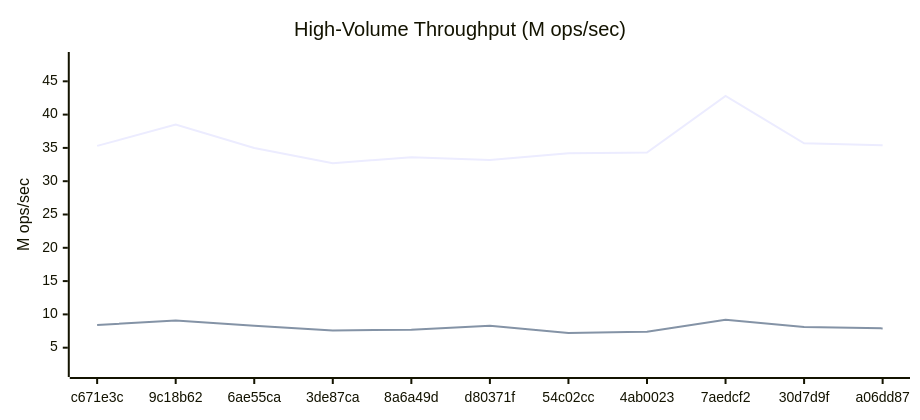
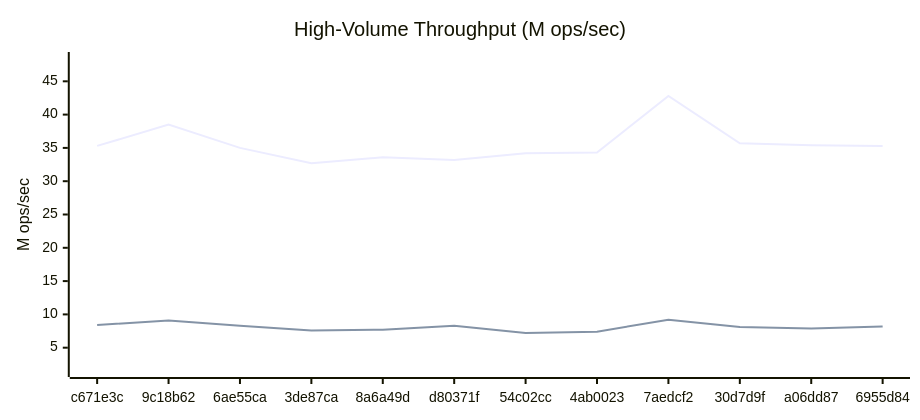
Before and after one commit to Ikolvi/Titan: the fifth of 6 diagrams in docs/BENCHMARKS.md, drawn with Mermaid. The commit also changed other lines of this file, not shown here.

````diff
--- a/docs/BENCHMARKS.md
+++ b/docs/BENCHMARKS.md
@@ -173,15 +174,15 @@
 ```mermaid
 ---
 config:
     xyChart:
         width: 900
         height: 400
         plotColorPalette: "#4e79a7, #f28e2c, #e15759, #76b7b2, #59a14f, #edc949"
 ---
 xychart-beta
     title "High-Volume Throughput (M ops/sec)"
-    x-axis ["c671e3c", "9c18b62", "6ae55ca", "3de87ca", "8a6a49d", "d80371f", "54c02cc", "4ab0023", "7aedcf2", "30d7d9f", "a06dd87"]
+    x-axis ["c671e3c", "9c18b62", "6ae55ca", "3de87ca", "8a6a49d", "d80371f", "54c02cc", "4ab0023", "7aedcf2", "30d7d9f", "a06dd87", "6955d84"]
     y-axis "M ops/sec" 1.8 --> 48.2
-    line [35.3, 38.5, 35.0, 32.7, 33.6, 33.2, 34.2, 34.3, 42.8, 35.7, 35.4]
-    line [8.4, 9.1, 8.3, 7.6, 7.7, 8.3, 7.2, 7.4, 9.2, 8.1, 7.9]
+    line [35.3, 38.5, 35.0, 32.7, 33.6, 33.2, 34.2, 34.3, 42.8, 35.7, 35.4, 35.3]
+    line [8.4, 9.1, 8.3, 7.6, 7.7, 8.3, 7.2, 7.4, 9.2, 8.1, 7.9, 8.2]
 ```
````
